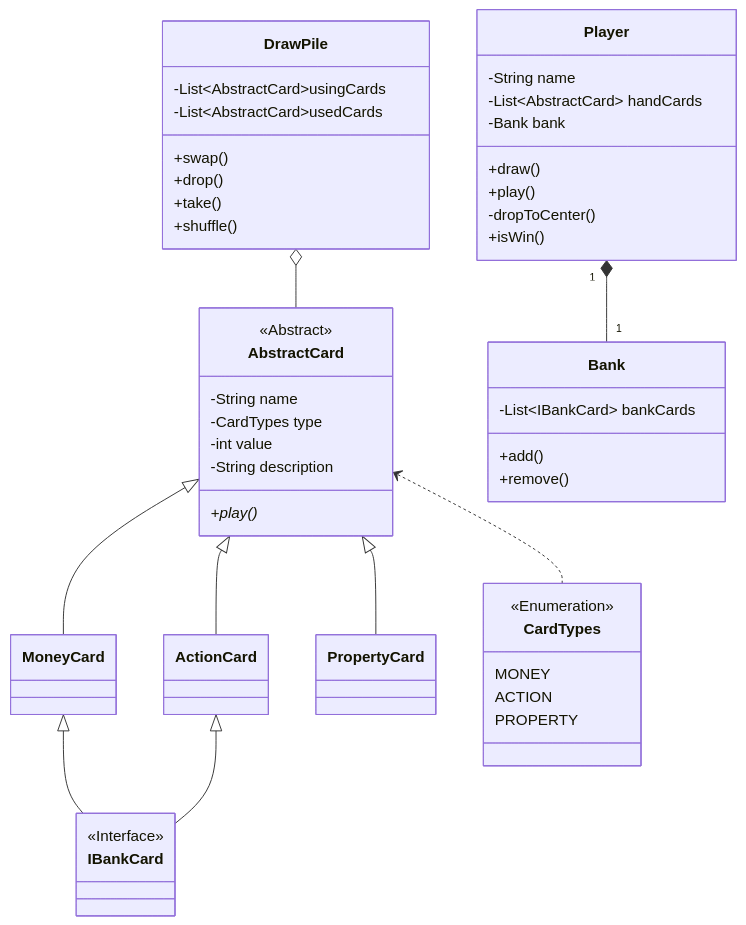
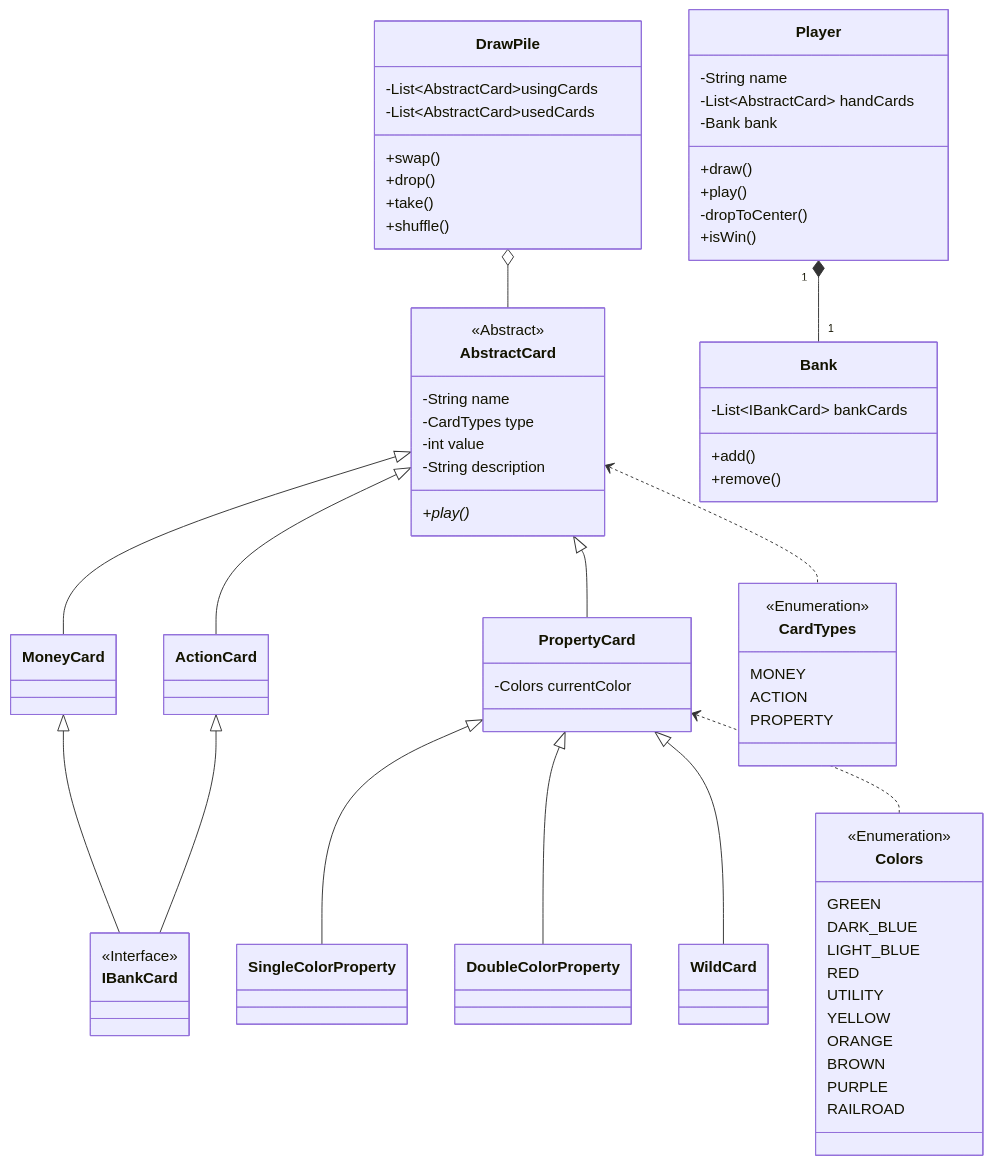
Before and after one commit to KelvinQiu802/comp2004: the diagram in README.md, drawn with Mermaid.

Commit message:
feat: more class

```diff
--- a/README.md
+++ b/README.md
@@ -21,6 +21,10 @@
 	ActionCard <|-- IBankCard
 	Player "1" *-- "1" Bank
 	DrawPile o-- AbstractCard
+	PropertyCard <|-- SingleColorProperty
+	PropertyCard <|-- DoubleColorProperty
+	PropertyCard <|-- WildCard
+	PropertyCard <.. Colors
 	
 	class AbstractCard{
 		<<Abstract>>
@@ -35,7 +39,29 @@
 	
 	class ActionCard
 	
-	class PropertyCard
+	class PropertyCard{
+		-Colors currentColor
+	}
+	
+	class SingleColorProperty
+	
+	class DoubleColorProperty
+	
+	class WildCard
+	
+	class Colors{
+		<<Enumeration>>
+		GREEN
+		DARK_BLUE
+		LIGHT_BLUE
+		RED
+		UTILITY
+		YELLOW
+		ORANGE
+		BROWN
+		PURPLE
+		RAILROAD
+	}
 	
 	class IBankCard{
 			<<Interface>>
```
